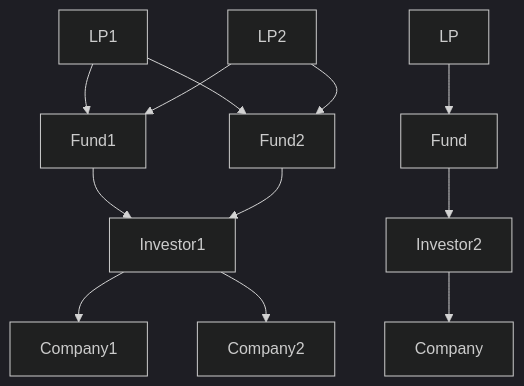
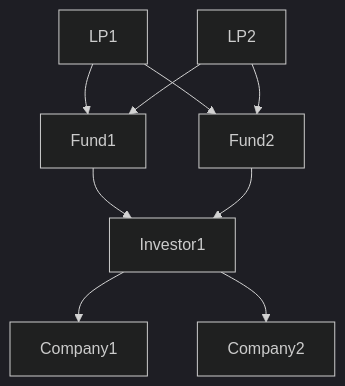
The diagram in README.md (WesleyClode/HG_embedding), drawn with Mermaid (dark theme) before and after one commit. The commit also changed other lines of this file, not shown here.

````diff
--- a/README.md
+++ b/README.md
@@ -62,16 +62,13 @@
 ```mermaid
 graph TD;
     LP1-->Fund1;
     LP2-->Fund1;
     LP1-->Fund2;
     LP2-->Fund2;
     Fund1-->Investor1;
     Fund2-->Investor1;
     Investor1-->Company1;
     Investor1-->Company2;
     
-    LP-->Fund;
-    Fund-->Investor2;
-    Investor2-->Company;
 
 ```
````
